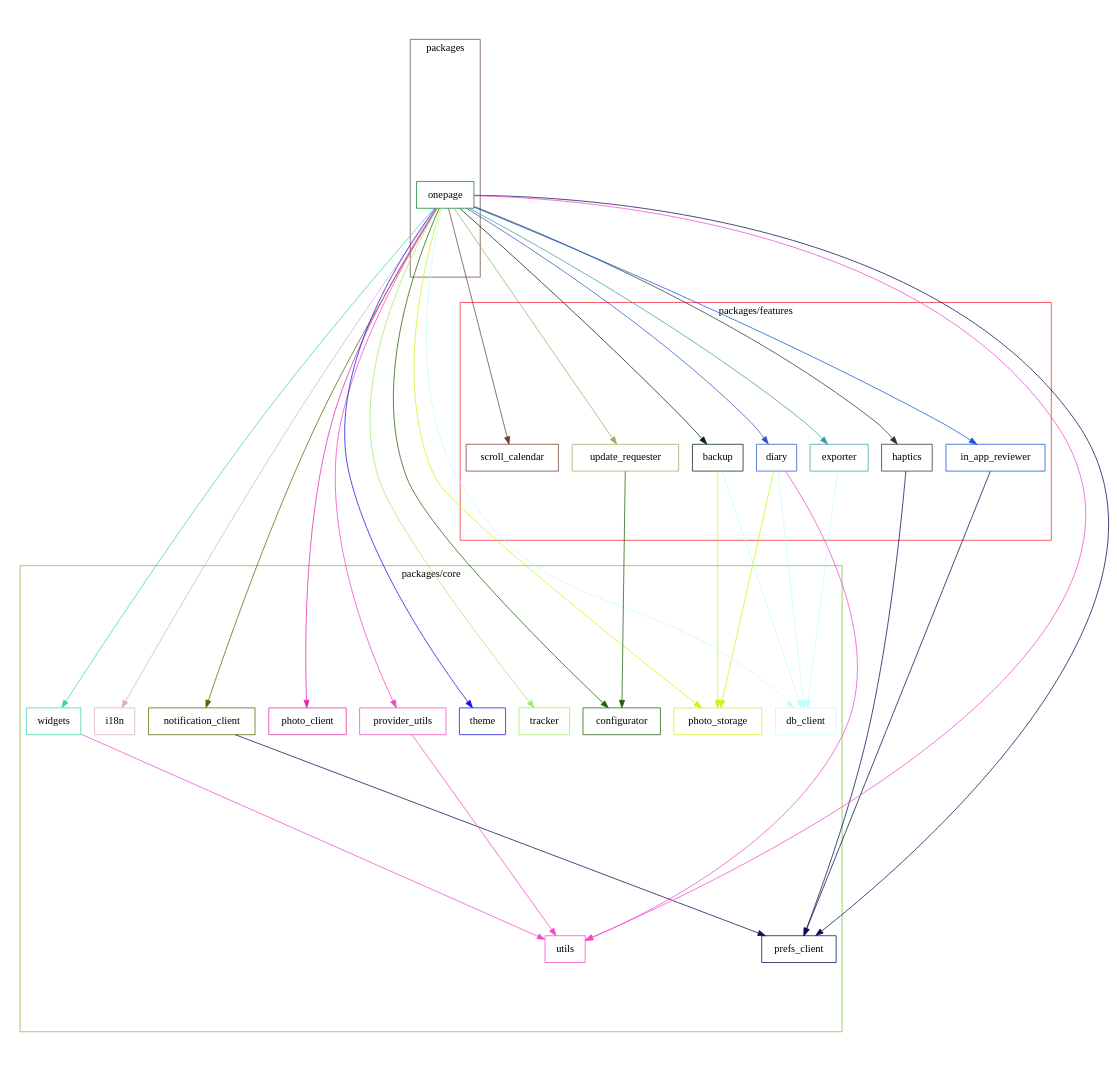
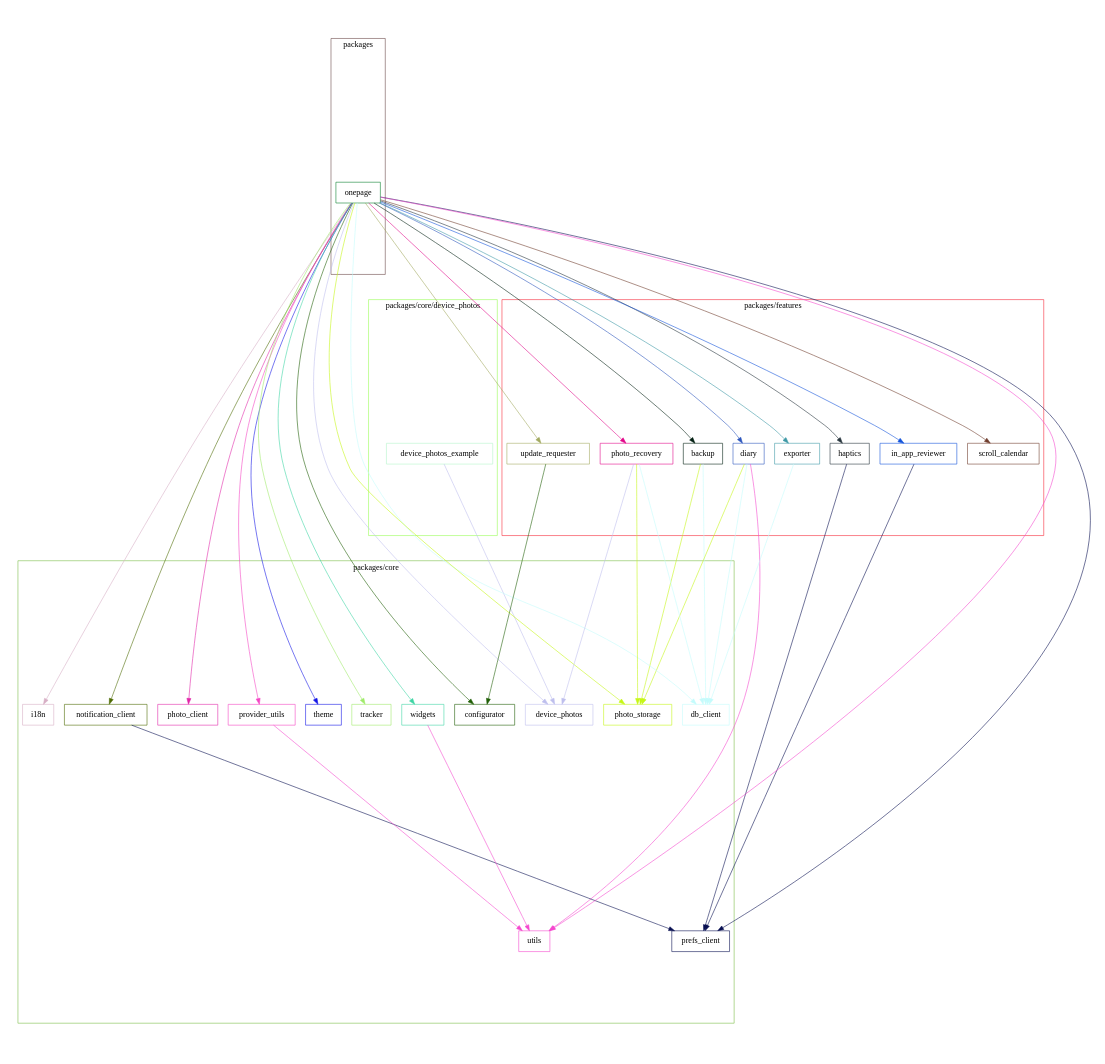
The diagram in docs/dependency_graph.dot (naipaka/onepage), drawn with Graphviz before and after one commit. The commit also changed 1 other file, not shown here.

Commit message:
Update Dependency Graph and SVG image (#310)

```diff
--- a/docs/dependency_graph.dot
+++ b/docs/dependency_graph.dot
@@ -1,86 +1,102 @@
 digraph packages {
   size="10"; ratio=fill;
   backup [shape="box"; color="#022013"];
   configurator [shape="box"; color="#205f06"];
   db_client [shape="box"; color="#c4fbfc"];
+  device_photos [shape="box"; color="#bebfed"];
+  device_photos_example [shape="box"; color="#b5f5c9"];
   diary [shape="box"; color="#2c56bd"];
   exporter [shape="box"; color="#3e99a6"];
   haptics [shape="box"; color="#26343c"];
   i18n [shape="box"; color="#d7afc5"];
   in_app_reviewer [shape="box"; color="#1253da"];
   notification_client [shape="box"; color="#4d6b02"];
   onepage [shape="box"; color="#08802d"];
   photo_client [shape="box"; color="#e227a9"];
+  photo_recovery [shape="box"; color="#e2078b"];
   photo_storage [shape="box"; color="#c6f715"];
   prefs_client [shape="box"; color="#080f51"];
   provider_utils [shape="box"; color="#f445c4"];
   scroll_calendar [shape="box"; color="#713e2e"];
   theme [shape="box"; color="#1214e6"];
   tracker [shape="box"; color="#a0eb6a"];
   update_requester [shape="box"; color="#a2aa60"];
   utils [shape="box"; color="#f548cf"];
   widgets [shape="box"; color="#3ed5a4"];
   backup -> db_client [style="filled"; color="#c4fbfc"];
   backup -> photo_storage [style="filled"; color="#c6f715"];
+  device_photos_example -> device_photos [style="filled"; color="#bebfed"];
   diary -> db_client [style="filled"; color="#c4fbfc"];
   diary -> photo_storage [style="filled"; color="#c6f715"];
   diary -> utils [style="filled"; color="#f548cf"];
   exporter -> db_client [style="filled"; color="#c4fbfc"];
   haptics -> prefs_client [style="filled"; color="#080f51"];
   in_app_reviewer -> prefs_client [style="filled"; color="#080f51"];
   notification_client -> prefs_client [style="filled"; color="#080f51"];
   onepage -> backup [style="filled"; color="#022013"];
   onepage -> configurator [style="filled"; color="#205f06"];
   onepage -> db_client [style="filled"; color="#c4fbfc"];
+  onepage -> device_photos [style="filled"; color="#bebfed"];
   onepage -> diary [style="filled"; color="#2c56bd"];
   onepage -> exporter [style="filled"; color="#3e99a6"];
   onepage -> haptics [style="filled"; color="#26343c"];
   onepage -> i18n [style="filled"; color="#d7afc5"];
   onepage -> in_app_reviewer [style="filled"; color="#1253da"];
   onepage -> notification_client [style="filled"; color="#4d6b02"];
   onepage -> photo_client [style="filled"; color="#e227a9"];
+  onepage -> photo_recovery [style="filled"; color="#e2078b"];
   onepage -> photo_storage [style="filled"; color="#c6f715"];
   onepage -> prefs_client [style="filled"; color="#080f51"];
   onepage -> provider_utils [style="filled"; color="#f445c4"];
   onepage -> scroll_calendar [style="filled"; color="#713e2e"];
   onepage -> theme [style="filled"; color="#1214e6"];
   onepage -> tracker [style="filled"; color="#a0eb6a"];
   onepage -> update_requester [style="filled"; color="#a2aa60"];
   onepage -> utils [style="filled"; color="#f548cf"];
   onepage -> widgets [style="filled"; color="#3ed5a4"];
+  photo_recovery -> db_client [style="filled"; color="#c4fbfc"];
+  photo_recovery -> device_photos [style="filled"; color="#bebfed"];
+  photo_recovery -> photo_storage [style="filled"; color="#c6f715"];
   provider_utils -> utils [style="filled"; color="#f548cf"];
   update_requester -> configurator [style="filled"; color="#205f06"];
   widgets -> utils [style="filled"; color="#f548cf"];
   subgraph "cluster packages/features" {
     label="packages/features";
     color="#f62736";
     backup;
     diary;
     exporter;
     haptics;
     in_app_reviewer;
+    photo_recovery;
     scroll_calendar;
     update_requester;
   }
   subgraph "cluster packages/core" {
     label="packages/core";
     color="#7bbd47";
     configurator;
     db_client;
+    device_photos;
     i18n;
     notification_client;
     photo_client;
     photo_storage;
     prefs_client;
     provider_utils;
     theme;
     tracker;
     utils;
     widgets;
   }
+  subgraph "cluster packages/core/device_photos" {
+    label="packages/core/device_photos";
+    color="#99fd55";
+    device_photos_example;
+  }
   subgraph "cluster packages" {
     label="packages";
     color="#6b4949";
     onepage;
   }
 }
```
